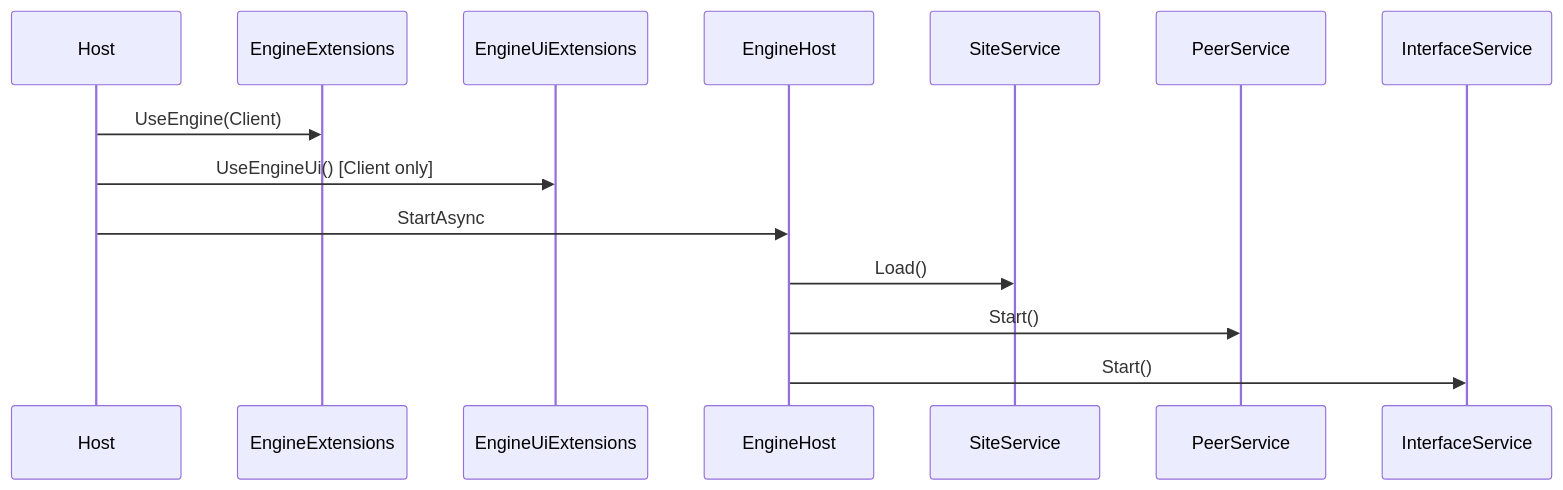
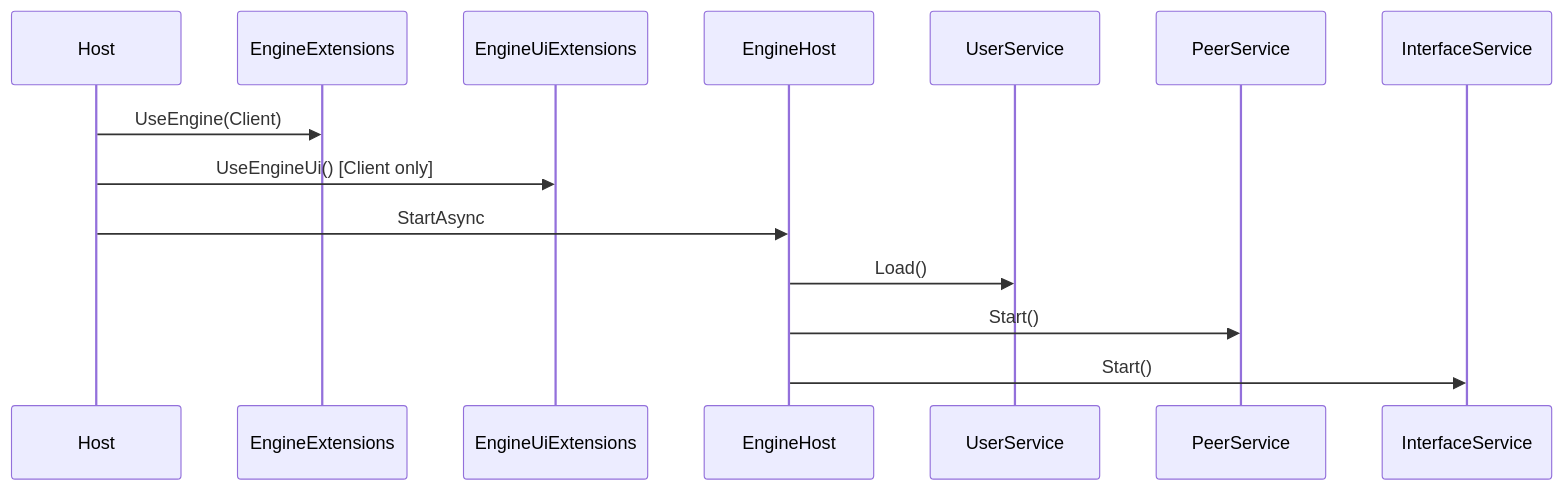
The fourth of 4 diagrams in Docs/Architecture.md (Blue-Heighliner/Comlink), drawn with Mermaid before and after one commit. The commit also changed other lines of this file and 101 other files, not shown here.

````diff
--- a/Docs/Architecture.md
+++ b/Docs/Architecture.md
@@ -104,16 +106,16 @@
 ```mermaid
 sequenceDiagram
     participant H as Host
     participant EE as EngineExtensions
     participant EA as EngineUiExtensions
     participant EH as EngineHost
-    participant SS as SiteService
+    participant SS as UserService
     participant PS as PeerService
     participant IS as InterfaceService
     H->>EE: UseEngine(Client)
     H->>EA: UseEngineUi() [Client only]
     H->>EH: StartAsync
     EH->>SS: Load()
     EH->>PS: Start()
     EH->>IS: Start()
 ```
````
